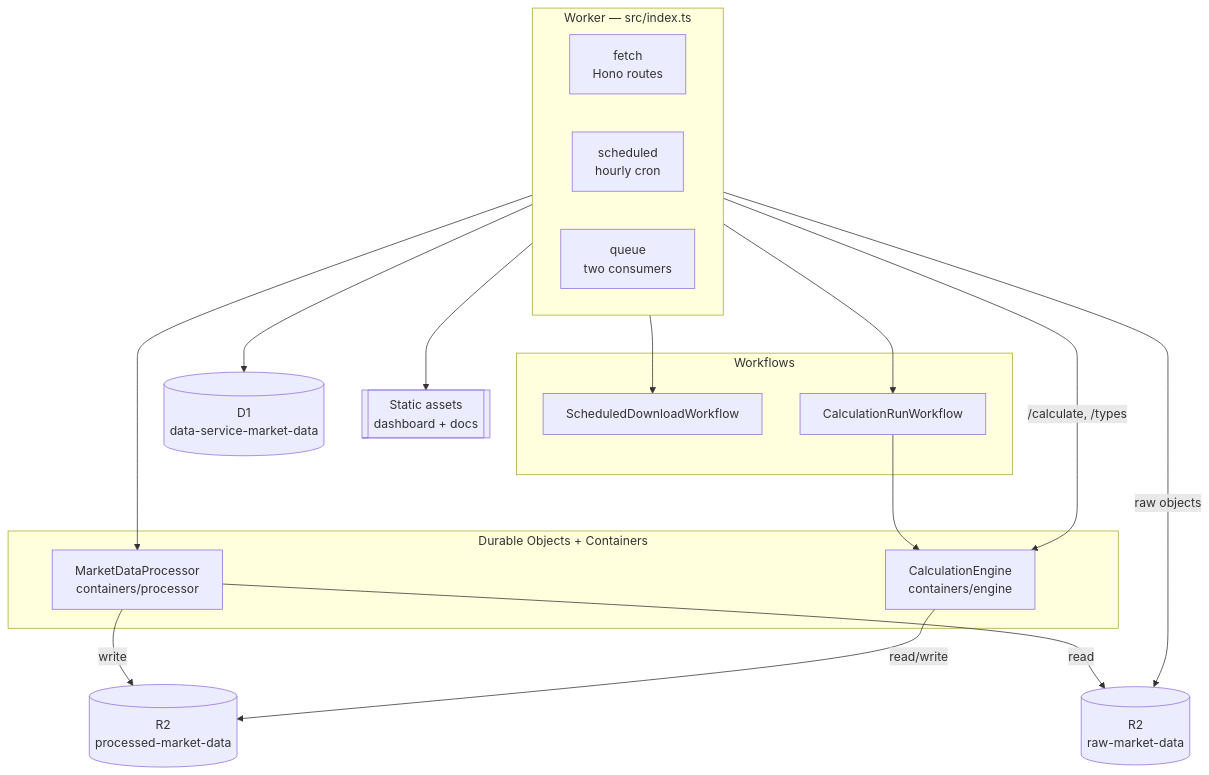
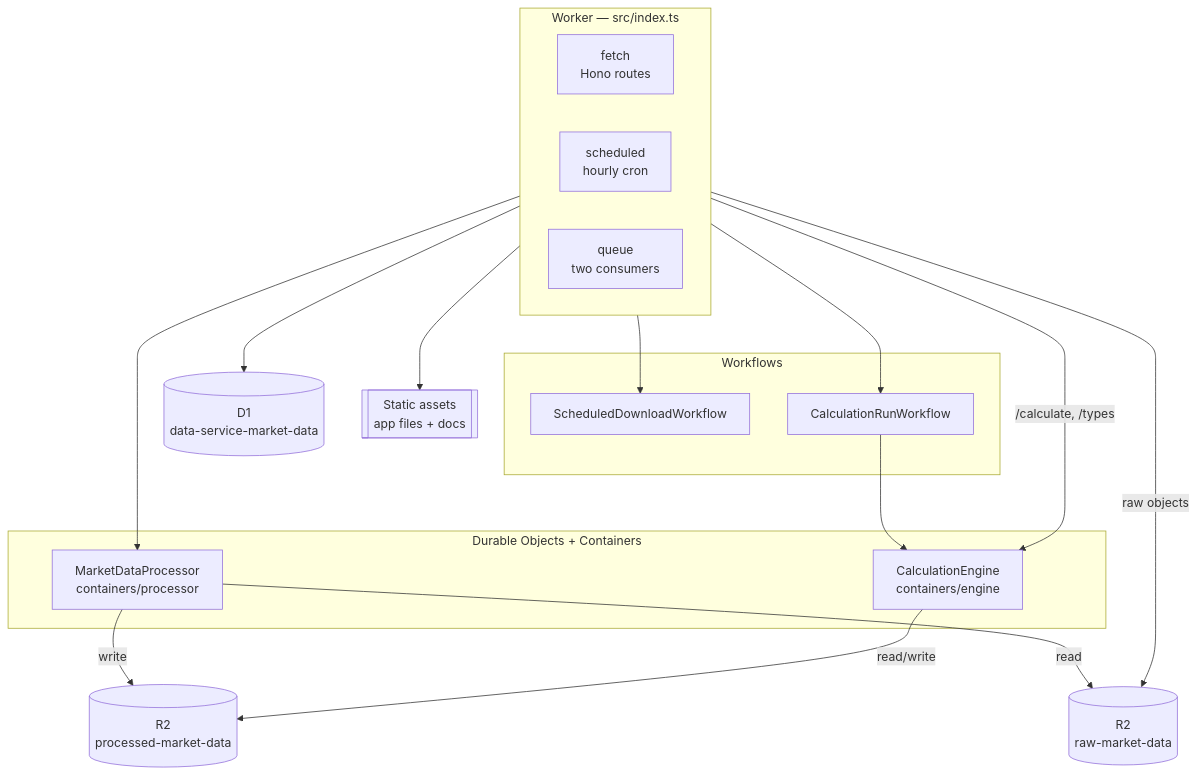
Before and after one commit to maxime-filippini/data-service: the first of 2 diagrams in docs/src/content/docs/architecture.md, drawn with Mermaid. The commit also changed other lines of this file and 12 other files, not shown here.

````diff
--- a/docs/src/content/docs/architecture.md
+++ b/docs/src/content/docs/architecture.md
@@ -12,35 +12,35 @@
 ```mermaid
 flowchart TB
   subgraph worker["Worker — src/index.ts"]
     direction LR
     fetch["fetch<br/>Hono routes"]
     scheduled["scheduled<br/>hourly cron"]
     queue["queue<br/>two consumers"]
   end
 
   subgraph durable["Durable Objects + Containers"]
     mdp["MarketDataProcessor<br/>containers/processor"]
     ce["CalculationEngine<br/>containers/engine"]
   end
 
   subgraph wf["Workflows"]
     sdw["ScheduledDownloadWorkflow"]
     crw["CalculationRunWorkflow"]
   end
 
   d1[("D1<br/>data-service-market-data")]
   raw[("R2<br/>raw-market-data")]
   proc[("R2<br/>processed-market-data")]
-  assets[["Static assets<br/>dashboard + docs"]]
+  assets[["Static assets<br/>app files + docs"]]
 
   fetch --> d1
   fetch --> assets
   scheduled --> sdw & crw
   queue --> mdp
   crw --> ce
   fetch -- /calculate, /types --> ce
   mdp -- read --> raw
   mdp -- write --> proc
   ce -- read/write --> proc
   queue -- raw objects --> raw
 ```
````
